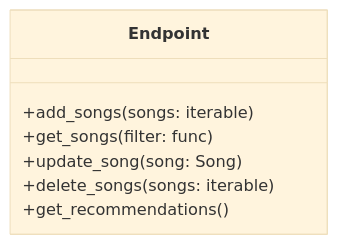
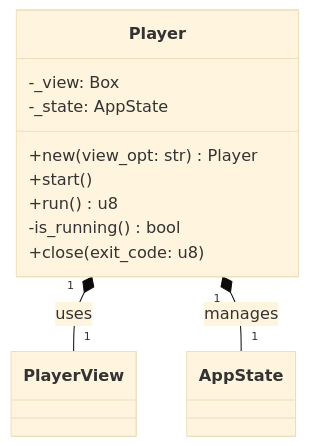
Before and after one commit to hdvvaldes/MP3Interface: the second of 3 diagrams in doc/DESIGN.md, drawn with Mermaid (base theme). The commit also changed other lines of this file and 13 other files, not shown here.

````diff
--- a/doc/DESIGN.md
+++ b/doc/DESIGN.md
@@ -44,10 +51,15 @@
-```mermaid
+```mermaid 
 classDiagram
-    class Endpoint{
-        +add_songs(songs: iterable)
-        +get_songs(filter: func)
-        +update_song(song: Song)
-        +delete_songs(songs: iterable)
-        +get_recommendations()
+    Player "1" *-- "1" PlayerView : uses
+    Player "1" *-- "1" AppState : manages
+    
+    class Player {
+        -_view: Box<dyn PlayerView>
+        -_state: AppState
+        +new(view_opt: str) Player
+        +start()
+        +run() u8
+        -is_running() bool
+        +close(exit_code: u8)
     }
 ```
````
